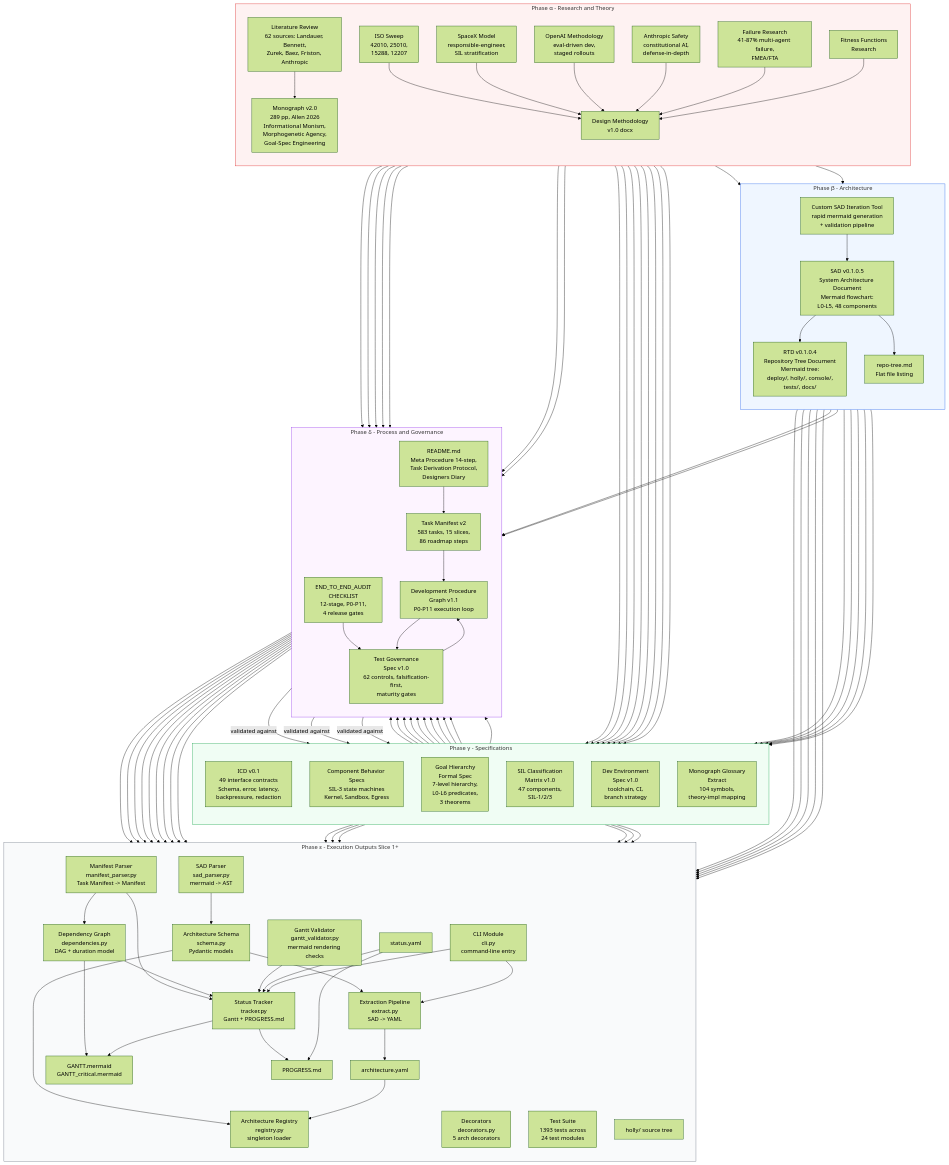
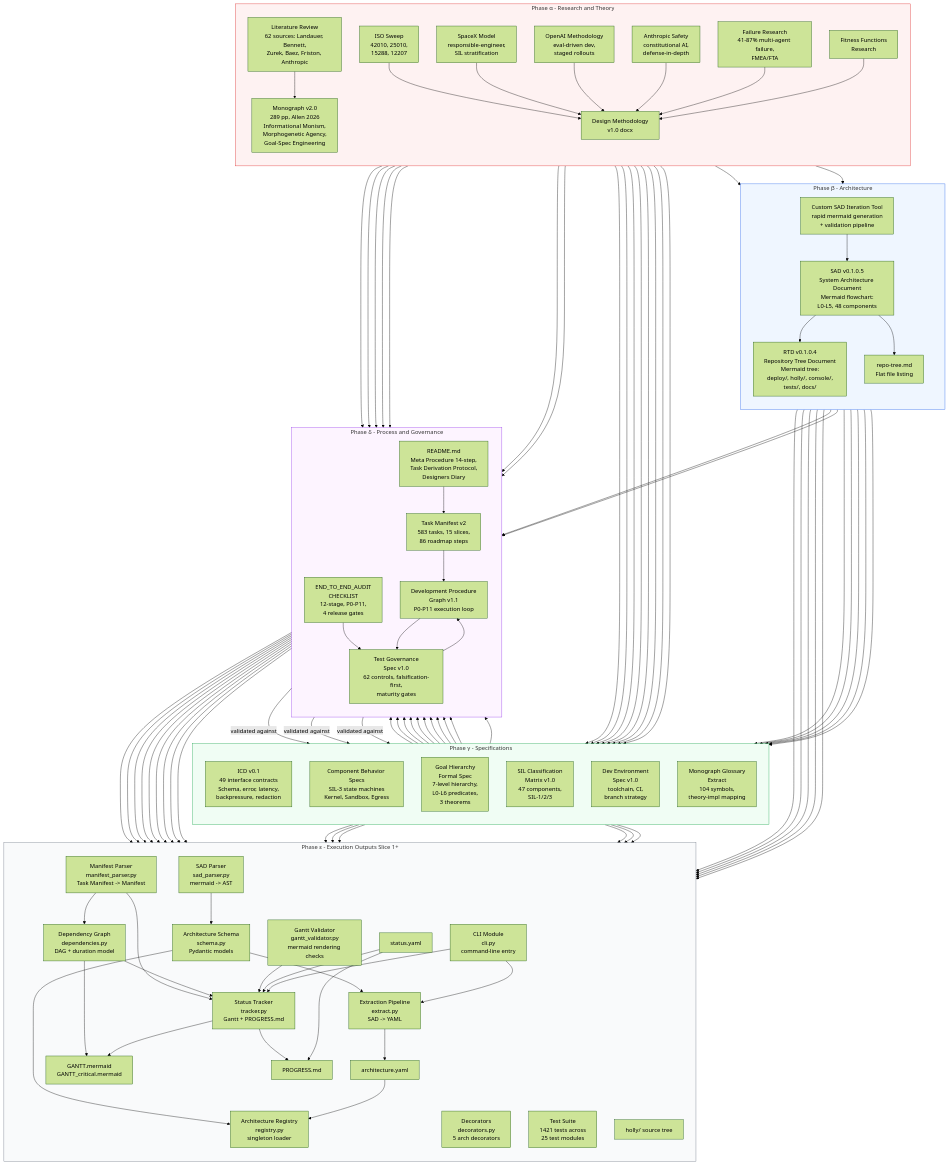
One commit to 1seansean1/ecom-agents changed the diagram in docs/architecture/Artifact_Genealogy.md. Above: the diagram before and after it, drawn with Mermaid (forest theme). The commit also changed other lines of this file and 8 other files, not shown here.

```diff
--- a/docs/architecture/Artifact_Genealogy.md
+++ b/docs/architecture/Artifact_Genealogy.md
@@ -97,7 +97,7 @@
         GANTT["GANTT.mermaid\nGANTT_critical.mermaid"]
         PROG["PROGRESS.md"]
         STATYS["status.yaml"]
-        TESTS["Test Suite\n1393 tests across\n24 test modules"]
+        TESTS["Test Suite\n1421 tests across\n25 test modules"]
         CODE["holly/ source tree"]
     end
 
```
